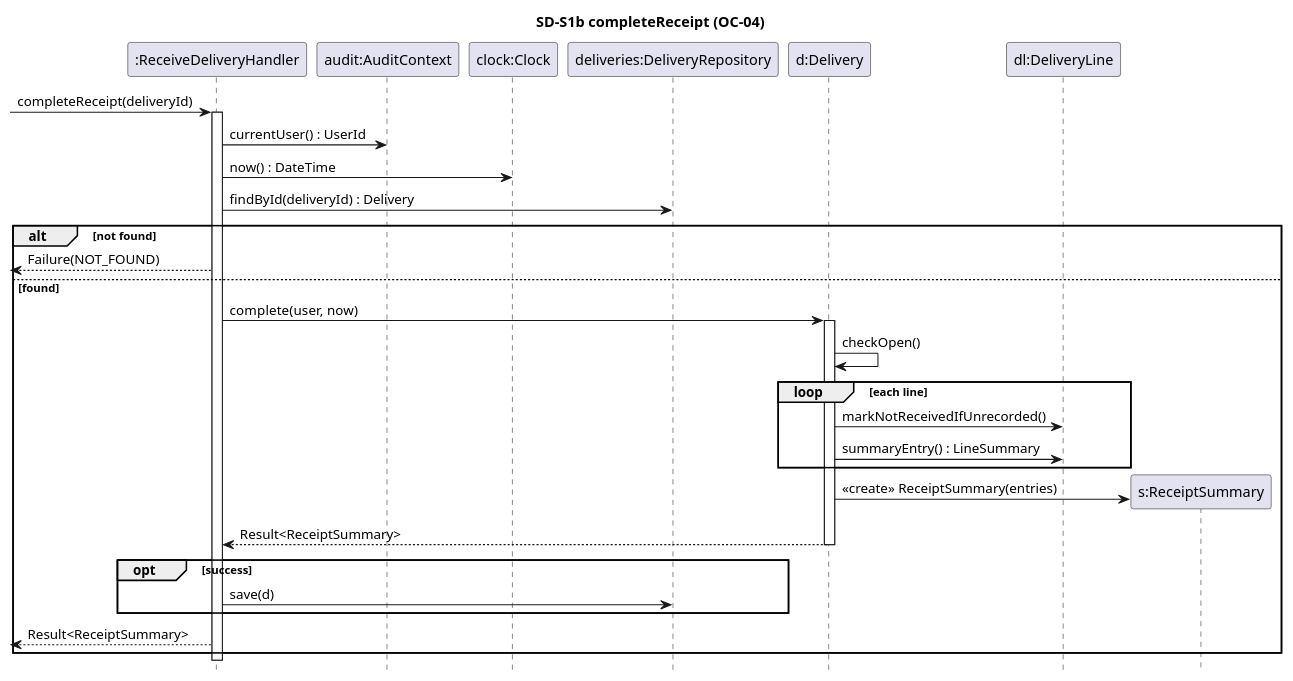
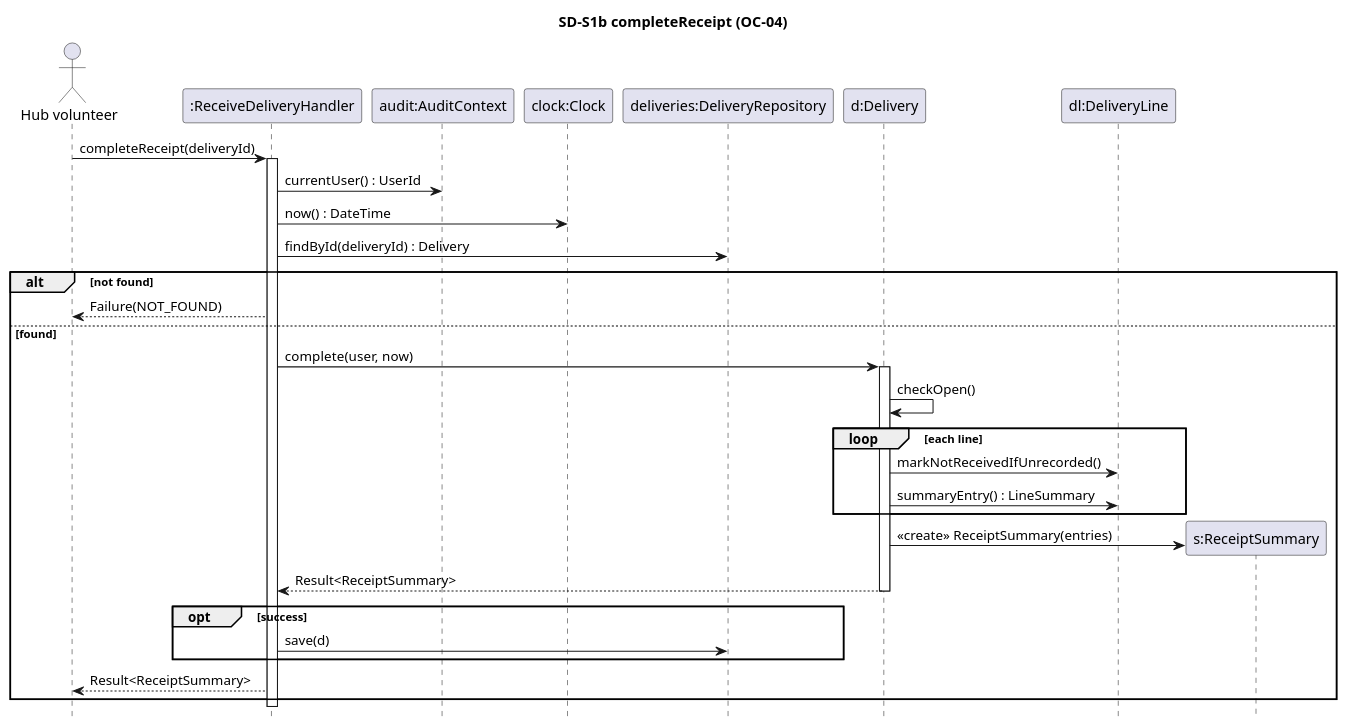
One commit to Geese4000/ca-analysis changed the diagram in design/sequence/SD-S1-complete-receipt.puml. Above: the diagram before and after it, drawn with PlantUML. The commit also changed 13 other files, not shown here.

```diff
--- a/design/sequence/SD-S1-complete-receipt.puml
+++ b/design/sequence/SD-S1-complete-receipt.puml
@@ -1,41 +1,43 @@
 @startuml SD-S1-complete-receipt
 ' Object-interaction sequence diagram for OC-04 completeReceipt (UC-02 steps 9-10)
 hide footbox
 skinparam shadowing false
 skinparam sequenceMessageAlign left
 
 title SD-S1b completeReceipt (OC-04)
 
+actor "Hub volunteer" as V
 participant ":ReceiveDeliveryHandler" as H
 participant "audit:AuditContext" as A
 participant "clock:Clock" as C
 participant "deliveries:DeliveryRepository" as DR
 participant "d:Delivery" as D
 participant "dl:DeliveryLine" as DL
 
--> H : completeReceipt(deliveryId)
+V -> H : completeReceipt(deliveryId)
 activate H
 H -> A : currentUser() : UserId
 H -> C : now() : DateTime
 H -> DR : findById(deliveryId) : Delivery
 alt not found
-  <-- H : Failure(NOT_FOUND)
+  H --> V : Failure(NOT_FOUND)
 else found
   H -> D : complete(user, now)
   activate D
   D -> D : checkOpen()
+  ' Lines that never arrived are marked so the summary can report them (extension 3b)
   loop each line
     D -> DL : markNotReceivedIfUnrecorded()
     D -> DL : summaryEntry() : LineSummary
   end
   create "s:ReceiptSummary" as S
   D -> S : <<create>> ReceiptSummary(entries)
-  H <-- D : Result<ReceiptSummary>
+  D --> H : Result<ReceiptSummary>
   deactivate D
   opt success
     H -> DR : save(d)
   end
-  <-- H : Result<ReceiptSummary>
+  H --> V : Result<ReceiptSummary>
 end
 deactivate H
 @enduml
```
